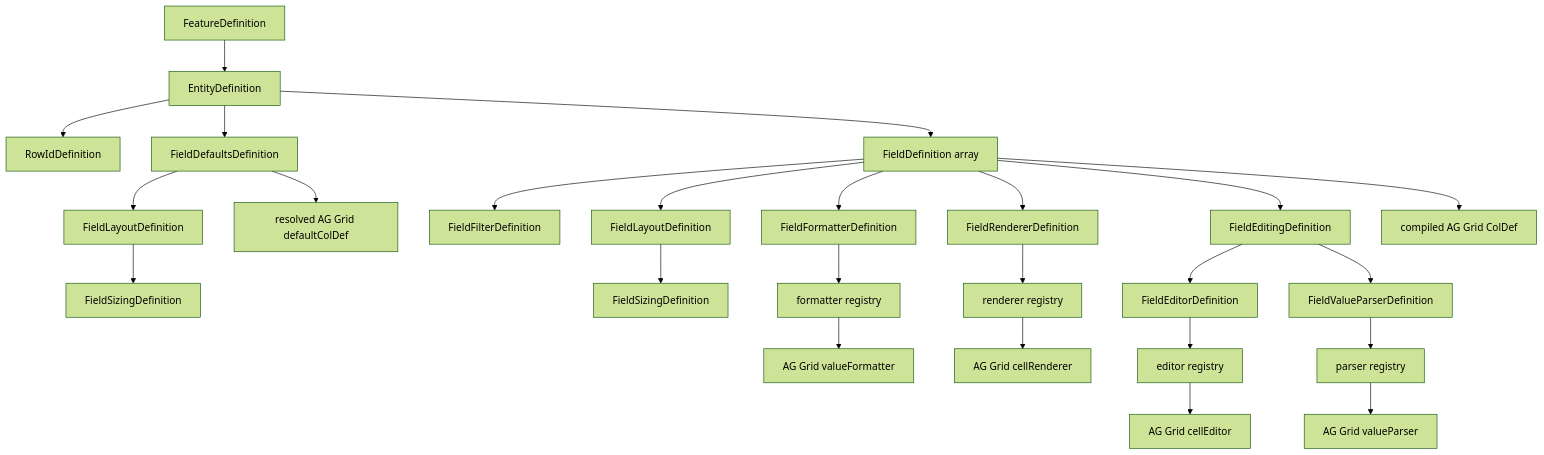
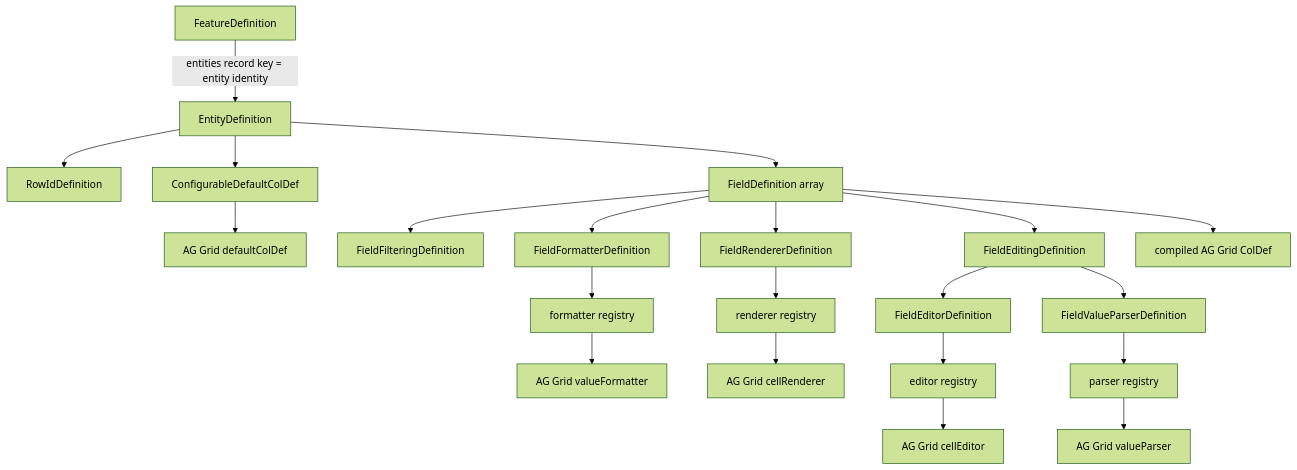
The diagram in docs/configurable-feature/type-hierarchy.md (deepanshu-ahuja/aggrid-infinite-ssrm), drawn with Mermaid (forest theme) before and after one commit. The commit also changed other lines of this file, not shown here.

Commit message:
docs: refresh configurable type hierarchy

````diff
--- a/docs/configurable-feature/type-hierarchy.md
+++ b/docs/configurable-feature/type-hierarchy.md
@@ -56,33 +93,27 @@
 ```mermaid
 flowchart TD
-    F[FeatureDefinition] --> E[EntityDefinition]
+    F[FeatureDefinition] -->|entities record key = entity identity| E[EntityDefinition]
     E --> R[RowIdDefinition]
-    E --> FD[FieldDefaultsDefinition]
-    E --> FL[FieldDefinition array]
+    E --> D[ConfigurableDefaultColDef]
+    E --> FD[FieldDefinition array]
 
-    FD --> L1[FieldLayoutDefinition]
-    L1 --> S1[FieldSizingDefinition]
-
-    FL --> FF[FieldFilterDefinition]
-    FL --> L2[FieldLayoutDefinition]
-    FL --> FM[FieldFormatterDefinition]
-    FL --> FR[FieldRendererDefinition]
-    FL --> ED[FieldEditingDefinition]
-
-    L2 --> S2[FieldSizingDefinition]
+    FD --> FIL[FieldFilteringDefinition]
+    FD --> FM[FieldFormatterDefinition]
+    FD --> FR[FieldRendererDefinition]
+    FD --> ED[FieldEditingDefinition]
     ED --> CE[FieldEditorDefinition]
     ED --> VP[FieldValueParserDefinition]
 
     FM --> REG1[formatter registry]
     FR --> REG2[renderer registry]
     CE --> REG3[editor registry]
     VP --> REG4[parser registry]
 
     REG1 --> VF[AG Grid valueFormatter]
     REG2 --> CR[AG Grid cellRenderer]
     REG3 --> CED[AG Grid cellEditor]
     REG4 --> VPR[AG Grid valueParser]
 
-    FL --> CD[compiled AG Grid ColDef]
-    FD --> DCD[resolved AG Grid defaultColDef]
+    D --> DCD[AG Grid defaultColDef]
+    FD --> CD[compiled AG Grid ColDef]
 ```
````
